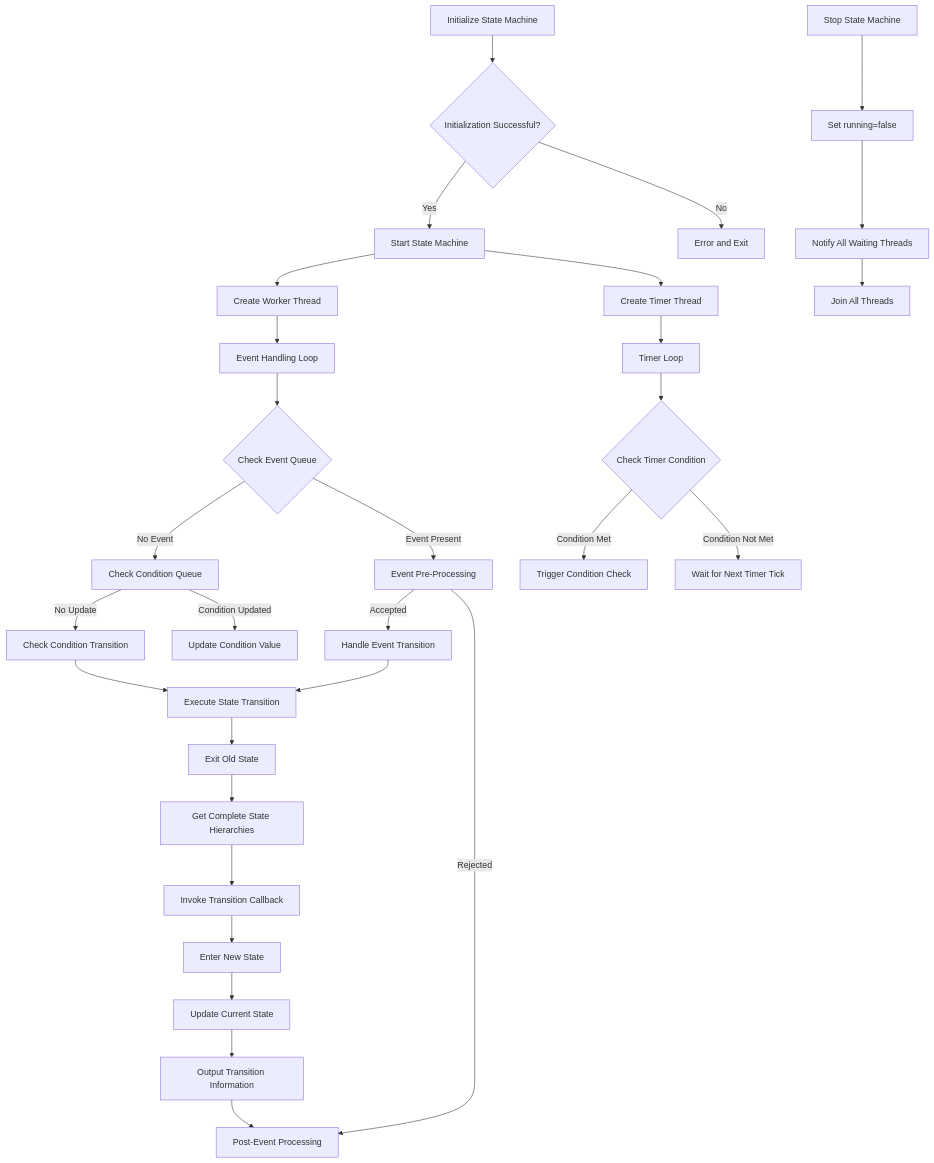
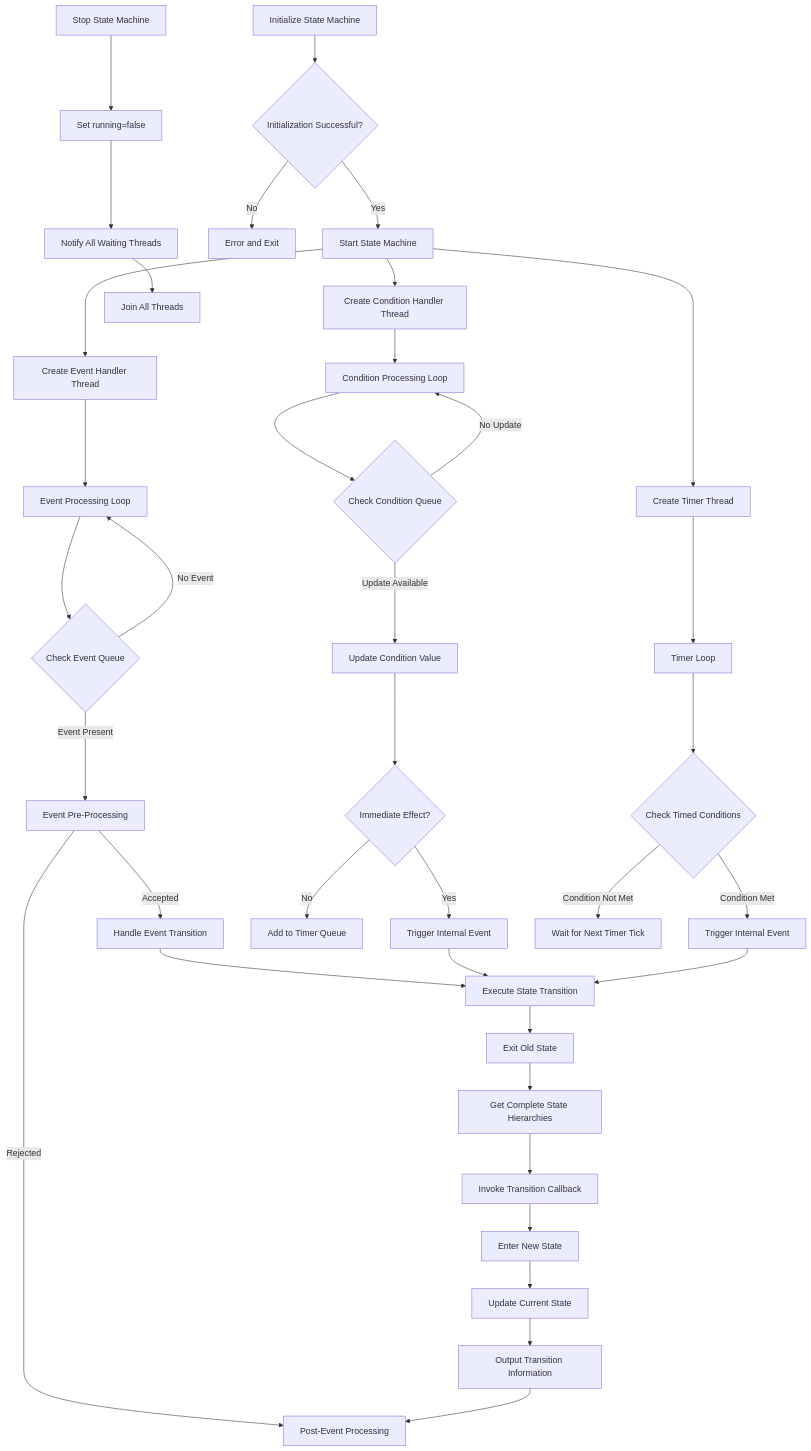
Before and after one commit to JUSTLIKEHU/StateMachine_Frame: the diagram in README.md, drawn with Mermaid. The commit also changed other lines of this file and 4 other files, not shown here.

Commit message:
[feature] Use internal_events replace condition transitions

````diff
--- a/README.md
+++ b/README.md
@@ -299,38 +364,45 @@
 ```mermaid
 graph TD
   A[Initialize State Machine] --> B{Initialization Successful?}
   B -->|Yes| C[Start State Machine]
   B -->|No| D[Error and Exit]
   
-  C --> E[Create Worker Thread]
+  C --> E[Create Event Handler Thread]
+  C --> E2[Create Condition Handler Thread]
   C --> F[Create Timer Thread]
   
-  E --> G[Event Handling Loop]
+  E --> G[Event Processing Loop]
   G --> H{Check Event Queue}
   H -->|Event Present| I0[Event Pre-Processing]
   I0 -->|Accepted| I[Handle Event Transition]
   I0 -->|Rejected| I2[Post-Event Processing]
-  H -->|No Event| J[Check Condition Queue]
+  H -->|No Event| G
   
-  J -->|Condition Updated| K[Update Condition Value]
-  J -->|No Update| L[Check Condition Transition]
+  E2 --> J1[Condition Processing Loop]
+  J1 --> J2{Check Condition Queue}
+  J2 -->|Update Available| K[Update Condition Value]
+  K --> K1{Immediate Effect?}
+  K1 -->|Yes| K2[Trigger Internal Event]
+  K1 -->|No| K3[Add to Timer Queue]
+  J2 -->|No Update| J1
   
   F --> M[Timer Loop]
-  M --> N{Check Timer Condition}
-  N -->|Condition Met| O[Trigger Condition Check]
+  M --> N{Check Timed Conditions}
+  N -->|Condition Met| O[Trigger Internal Event]
   N -->|Condition Not Met| P[Wait for Next Timer Tick]
   
   I --> Q0[Execute State Transition]
-  L --> Q0
+  K2 --> Q0
+  O --> Q0
   Q0 --> Q1[Exit Old State]
   Q1 --> Q[Get Complete State Hierarchies]
   Q --> R[Invoke Transition Callback]
   R --> S0[Enter New State]
   S0 --> S[Update Current State]
   S --> T[Output Transition Information]
-  T --> I2[Post-Event Processing]
+  T --> I2
   
   Z[Stop State Machine] --> Z1[Set running=false]
   Z1 --> Z2[Notify All Waiting Threads]
   Z2 --> Z3[Join All Threads]
 ```
````
